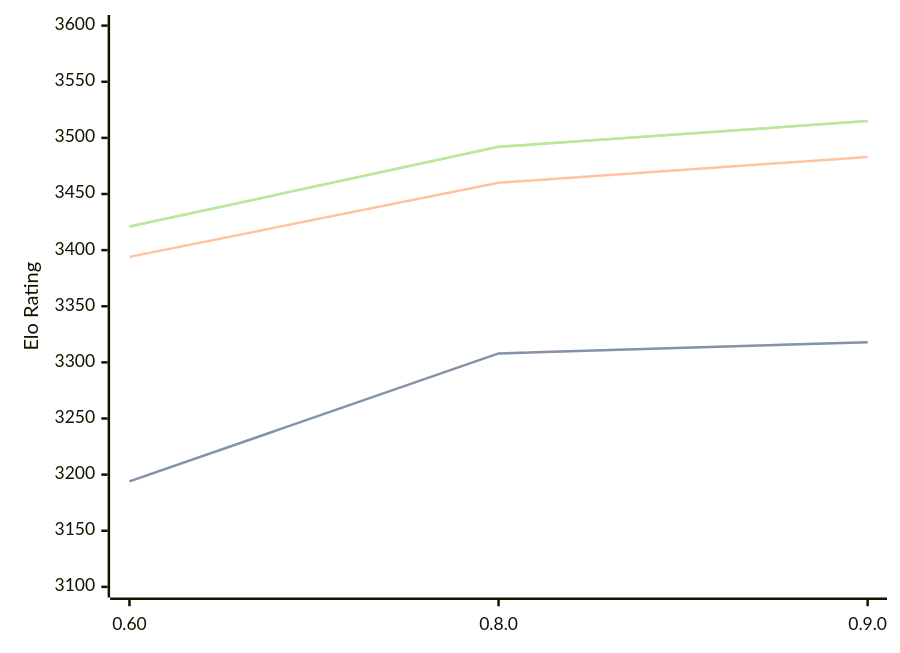
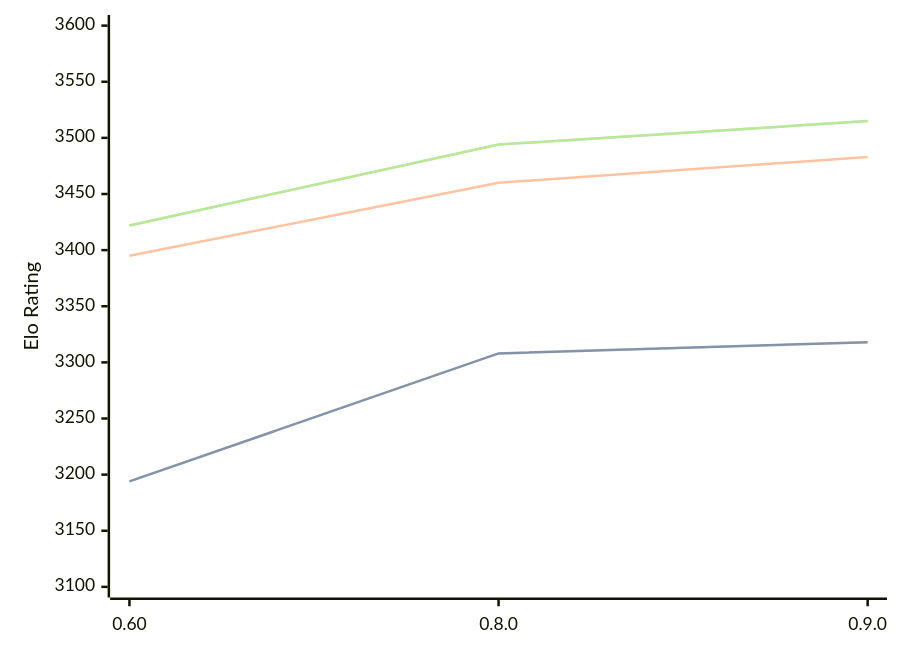
One commit to computer-chess-index/cci changed the first of 3 diagrams in engines/Motor.md. Above: the diagram before and after it, drawn with Mermaid. The commit also changed other lines of this file, not shown here.

Commit message:
Update CCI Ratings (ELO VLTC) - 2026-06-16

````diff
--- a/engines/Motor.md
+++ b/engines/Motor.md
@@ -39,11 +39,11 @@
 ```mermaid
 %%{init: {"theme":"base","themeVariables":{"seriesColors:['#a3a3a3','#222221','#faa371']}}}%%
 xychart-beta
   x-axis ["0.60", "0.8.0", "0.9.0"]
   y-axis "Elo Rating" 3100 --> 3600
   line "STC (8.0+0.08s)" [3194, 3308, 3318]
   line "STC (8.0+0.08s)" [3194, 3308, 3318]
-  line "LTC (60.0+0.60s)" [3394, 3460, 3483]
-  line "VLTC (2m24s+1.12s)" [3421, 3492, 3515]
-  line "VLTC (2m24s+1.12s)" [3421, 3492, 3515]
+  line "LTC (60.0+0.60s)" [3395, 3460, 3483]
+  line "VLTC (2m24s+1.12s)" [3422, 3494, 3515]
+  line "VLTC (2m24s+1.12s)" [3422, 3494, 3515]
 ```
````
